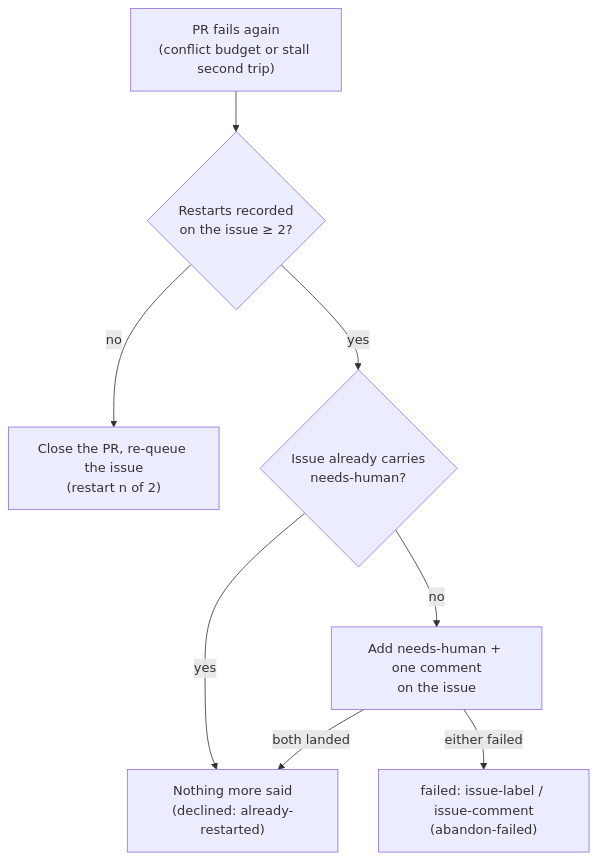
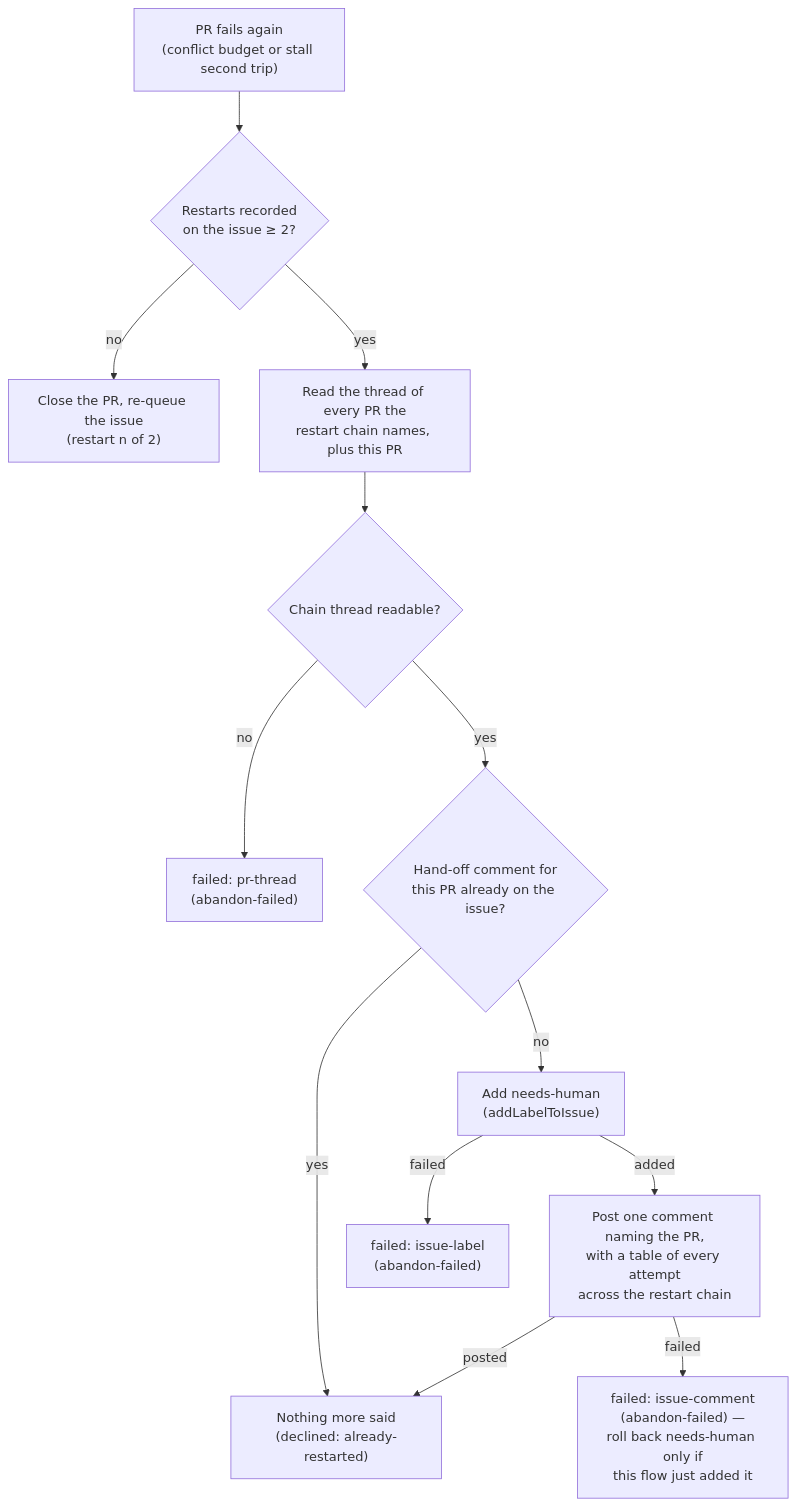
The fifth of 8 diagrams in docs/workflows/merge-conflicts.md (stSoftwareAU/VibeCoder), drawn with Mermaid before and after one commit. The commit also changed other lines of this file and 3 other files, not shown here.

````diff
--- a/docs/workflows/merge-conflicts.md
+++ b/docs/workflows/merge-conflicts.md
@@ -616,10 +647,15 @@
   ```mermaid
   flowchart TD
       A["PR fails again<br/>(conflict budget or stall second trip)"] --> B{"Restarts recorded<br/>on the issue ≥ 2?"}
       B -- no --> C["Close the PR, re-queue the issue<br/>(restart n of 2)"]
-      B -- yes --> D{"Issue already carries<br/>needs-human?"}
-      D -- yes --> E["Nothing more said<br/>(declined: already-restarted)"]
-      D -- no --> F["Add needs-human + one comment<br/>on the issue"]
-      F -- both landed --> E
-      F -- either failed --> G["failed: issue-label / issue-comment<br/>(abandon-failed)"]
+      B -- yes --> D["Read the thread of every PR the<br/>restart chain names, plus this PR"]
+      D --> E{"Chain thread readable?"}
+      E -- no --> F["failed: pr-thread<br/>(abandon-failed)"]
+      E -- yes --> G{"Hand-off comment for<br/>this PR already on the issue?"}
+      G -- yes --> H["Nothing more said<br/>(declined: already-restarted)"]
+      G -- no --> I["Add needs-human<br/>(addLabelToIssue)"]
+      I -- failed --> J["failed: issue-label<br/>(abandon-failed)"]
+      I -- added --> K["Post one comment naming the PR,<br/>with a table of every attempt<br/>across the restart chain"]
+      K -- posted --> H
+      K -- failed --> L["failed: issue-comment<br/>(abandon-failed) —<br/>roll back needs-human only if<br/>this flow just added it"]
   ```
````
